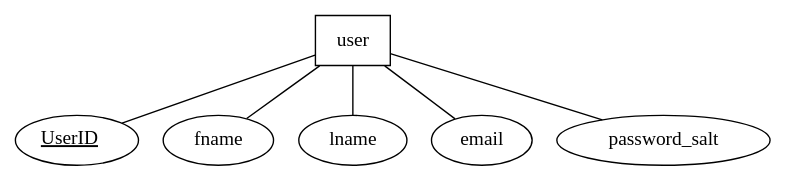
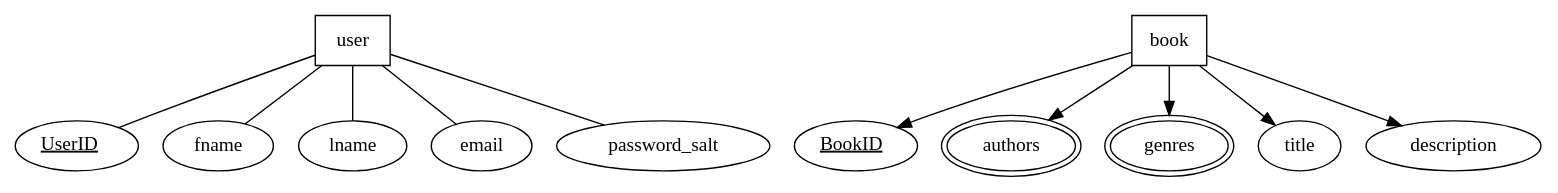
One commit to h0se69/Library-Web-Management-App changed the diagram in ER_diagram.gv. Above: the diagram before and after it, drawn with Graphviz.

```diff
--- a/ER_diagram.gv
+++ b/ER_diagram.gv
@@ -1,18 +1,24 @@
+
 
 // USE TO VIEW
 // http://magjac.com/graphviz-visual-editor/
 
 digraph Lib{
     dir=none
     
     user [shape = box]
     UserID [label = <<u>UserID</u>>]
 
     user -> {fname;lname;email;password_salt;UserID} [dir = none]
     
     
     
     
+    book [shape = box]
+    BookID [label = <<u>BookID</u>>]
+    authors [peripheries=2]
+    genres [peripheries=2]
     
+    book -> {BookID;authors;title;genres;description}
     
 }
```
